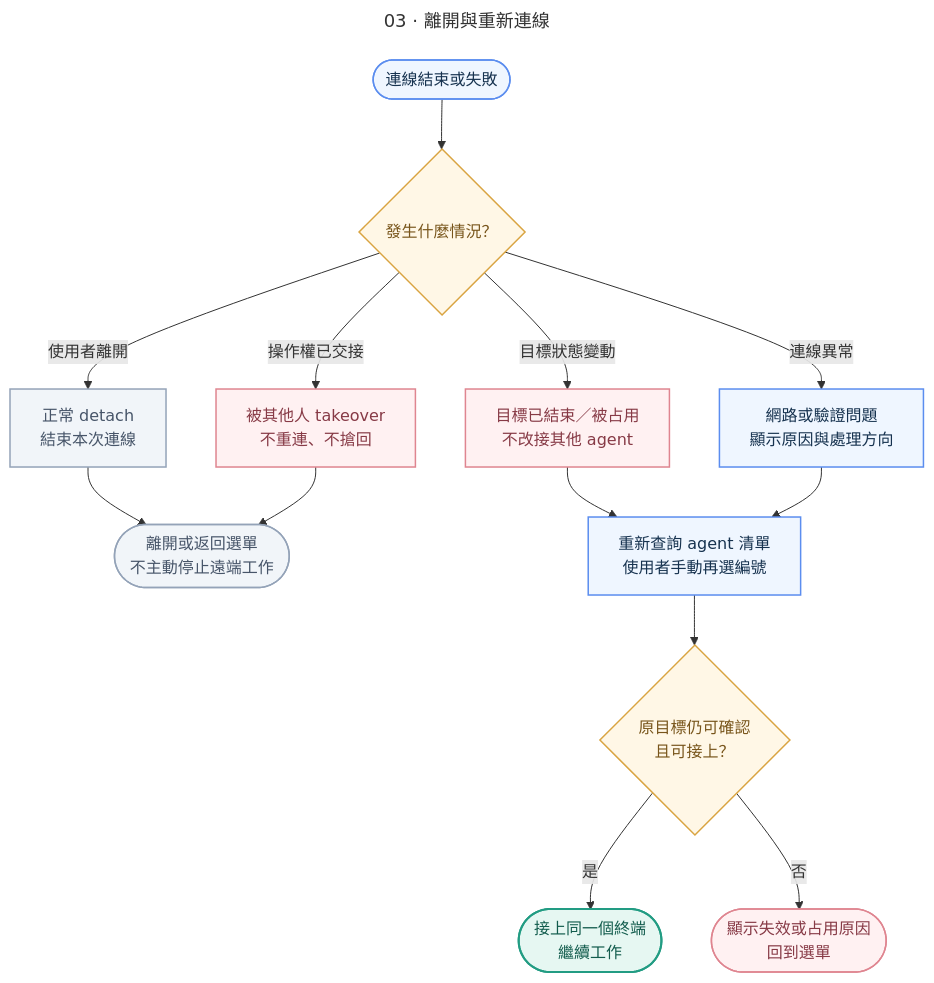
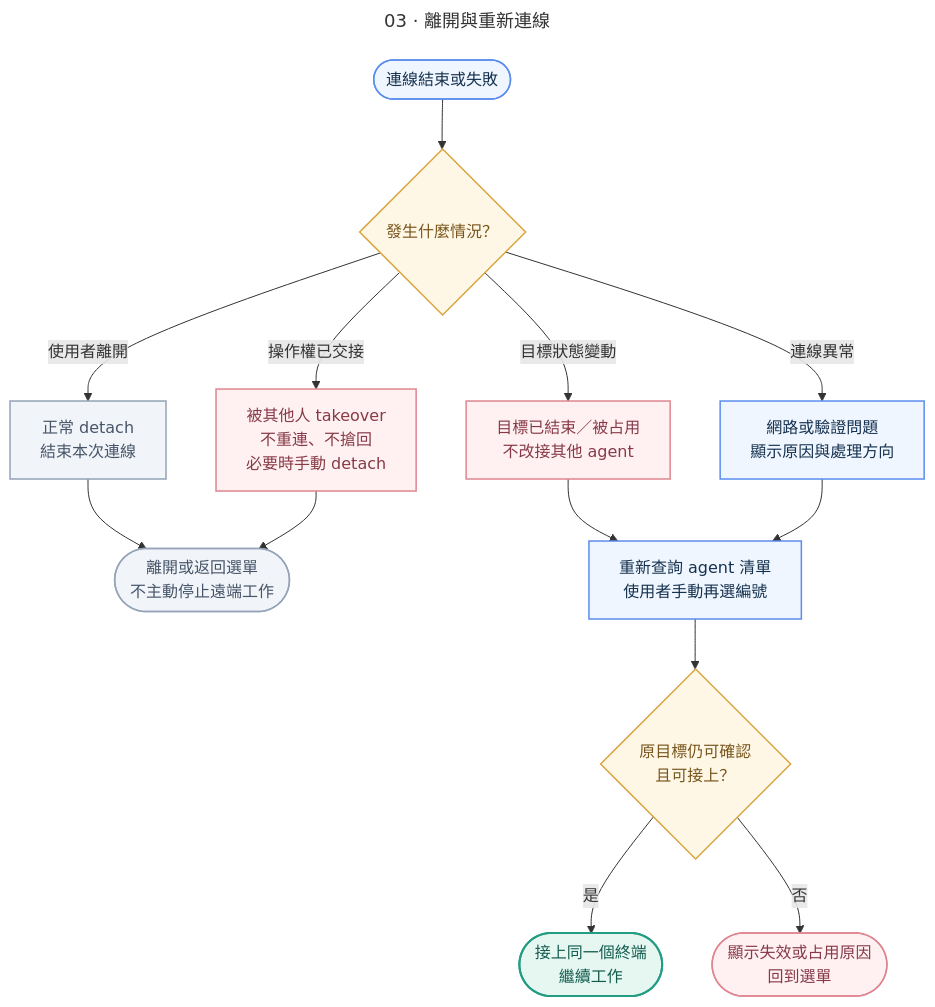
One commit to peitang/herdr-pane changed the diagram in docs/diagrams/source/03-recovery.mmd. Above: the diagram before and after it, drawn with Mermaid. The commit also changed 12 other files, not shown here.

```diff
--- a/docs/diagrams/source/03-recovery.mmd
+++ b/docs/diagrams/source/03-recovery.mmd
@@ -1,35 +1,36 @@
 ---
 title: 03 · 離開與重新連線
 ---
 flowchart TB
     accTitle: 正常離開、接管與連線異常的處理
     accDescr: 第一版以手動重新選號為基準。正常離開或被接管不自動重連，網路或驗證問題回到選單處理，不停止遠端工作。
     EVENT(["連線結束或失敗"])
     KIND{"發生什麼情況？"}
     NORMAL["正常 detach\n結束本次連線"]
-    TAKEN["被其他人 takeover\n不重連、不搶回"]
+    TAKEN["被其他人 takeover\n不重連、不搶回
+必要時手動 detach"]
     TARGET["目標已結束／被占用\n不改接其他 agent"]
     NETWORK["網路或驗證問題\n顯示原因與處理方向"]
     END(["離開或返回選單\n不主動停止遠端工作"])
     MENU["重新查詢 agent 清單\n使用者手動再選編號"]
     VERIFY{"原目標仍可確認\n且可接上？"}
     ATTACH(["接上同一個終端\n繼續工作"])
     EXPLAIN(["顯示失效或占用原因\n回到選單"])
     EVENT --> KIND
     KIND -- 使用者離開 --> NORMAL --> END
     KIND -- 操作權已交接 --> TAKEN --> END
     KIND -- 目標狀態變動 --> TARGET --> MENU
     KIND -- 連線異常 --> NETWORK --> MENU
     MENU --> VERIFY
     VERIFY -- 是 --> ATTACH
     VERIFY -- 否 --> EXPLAIN
     classDef action fill:#eff6ff,stroke:#5b8def,color:#16324f,stroke-width:1.5px;
     classDef decision fill:#fff7e6,stroke:#d9a441,color:#78551b,stroke-width:1.5px;
     classDef success fill:#e6f7f2,stroke:#229c83,color:#125c4d,stroke-width:2px;
     classDef problem fill:#fff1f2,stroke:#df8590,color:#873a46,stroke-width:1.5px;
     classDef neutral fill:#f1f5f9,stroke:#94a3b8,color:#475569,stroke-width:1.5px;
     class EVENT,NETWORK,MENU action;
     class KIND,VERIFY decision;
     class TAKEN,TARGET,EXPLAIN problem;
     class NORMAL,END neutral;
     class ATTACH success;
```
